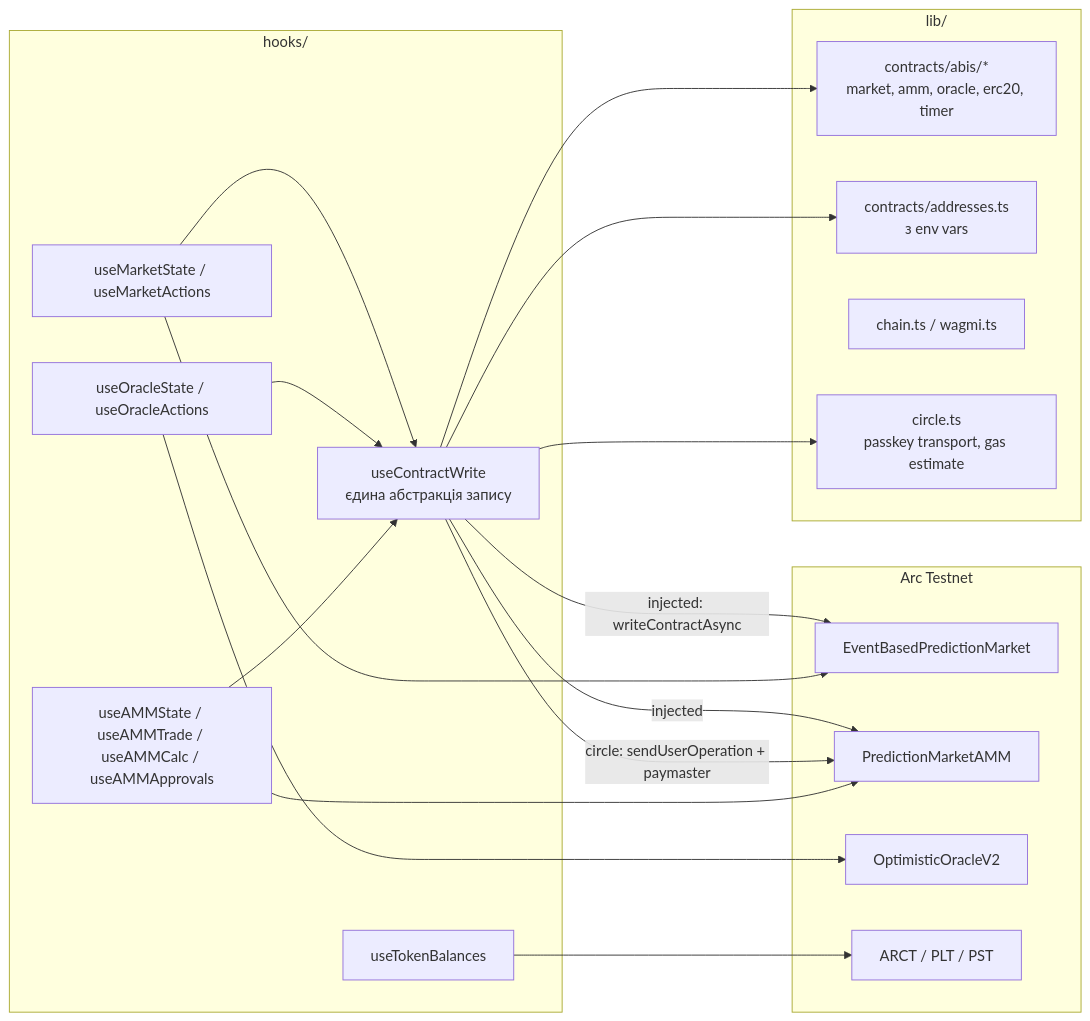
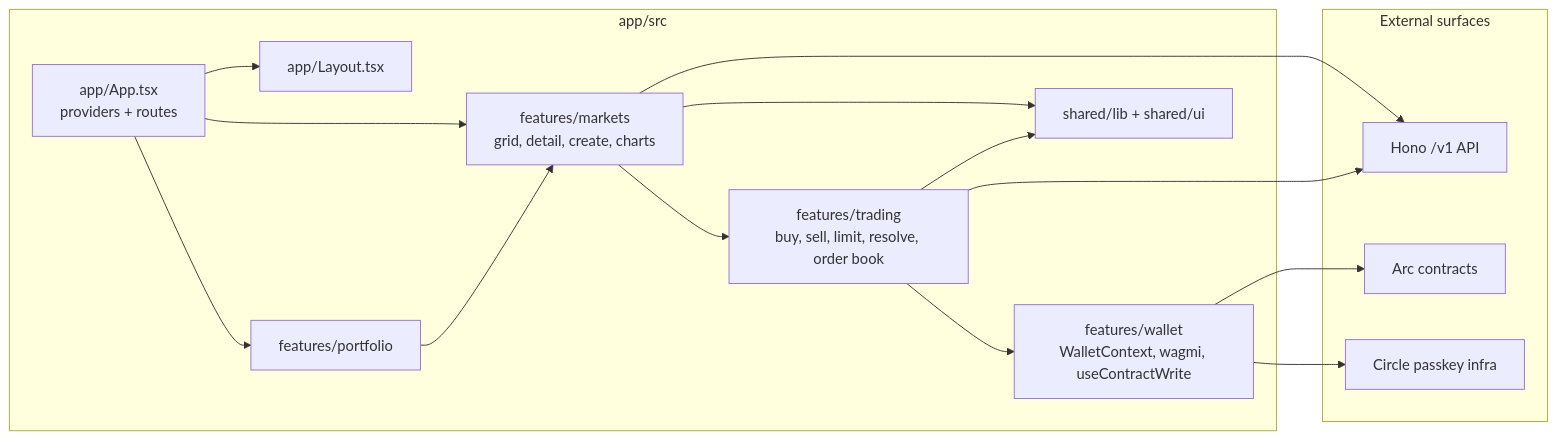
Before and after one commit to Kirashchuk/Predict-Edge: the third of 9 diagrams in docs/architecture-diagram.md, drawn with Mermaid. The commit also changed other lines of this file and 42 other files, not shown here.

First line of the commit message:
Add on-chain CLOB limit order book + deploy ETH-market CLOB

````diff
--- a/docs/architecture-diagram.md
+++ b/docs/architecture-diagram.md
@@ -80,38 +92,31 @@
 ```mermaid
 graph LR
-    subgraph Hooks["hooks/"]
-        UCW[useContractWrite<br/>єдина абстракція запису]
-        UMS[useMarketState / useMarketActions]
-        UOS[useOracleState / useOracleActions]
-        UAS[useAMMState / useAMMTrade / useAMMCalc / useAMMApprovals]
-        UTB[useTokenBalances]
+    subgraph App["app/src"]
+        Shell["app/App.tsx<br/>providers + routes"]
+        Layout["app/Layout.tsx"]
+        Markets["features/markets<br/>grid, detail, create, charts"]
+        Trading["features/trading<br/>buy, sell, limit, resolve, order book"]
+        WalletFeature["features/wallet<br/>WalletContext, wagmi, useContractWrite"]
+        Portfolio["features/portfolio"]
+        Shared["shared/lib + shared/ui"]
     end
 
-    subgraph Lib["lib/"]
-        ABIS[contracts/abis/*<br/>market, amm, oracle, erc20, timer]
-        ADDR[contracts/addresses.ts<br/>з env vars]
-        CHAIN[chain.ts / wagmi.ts]
-        CIRCLE[circle.ts<br/>passkey transport, gas estimate]
+    subgraph External["External surfaces"]
+        Api["Hono /v1 API"]
+        Chain["Arc contracts"]
+        Circle["Circle passkey infra"]
     end
 
-    subgraph Contracts["Arc Testnet"]
-        MKT[EventBasedPredictionMarket]
-        AMM[PredictionMarketAMM]
-        OO[OptimisticOracleV2]
-        ERC[ARCT / PLT / PST]
-    end
-
-    UMS --> UCW
-    UOS --> UCW
-    UAS --> UCW
-    UCW -->|injected: writeContractAsync| MKT
-    UCW -->|injected| AMM
-    UCW -->|circle: sendUserOperation + paymaster| AMM
-    UOS --> OO
-    UTB --> ERC
-    UCW --> ABIS
-    UCW --> ADDR
-    UCW --> CIRCLE
-    UAS --> AMM
-    UMS --> MKT
+    Shell --> Layout
+    Shell --> Markets
+    Shell --> Portfolio
+    Markets --> Trading
+    Trading --> WalletFeature
+    Portfolio --> Markets
+    Markets --> Api
+    Trading --> Api
+    WalletFeature --> Chain
+    WalletFeature --> Circle
+    Markets --> Shared
+    Trading --> Shared
 ```
````
